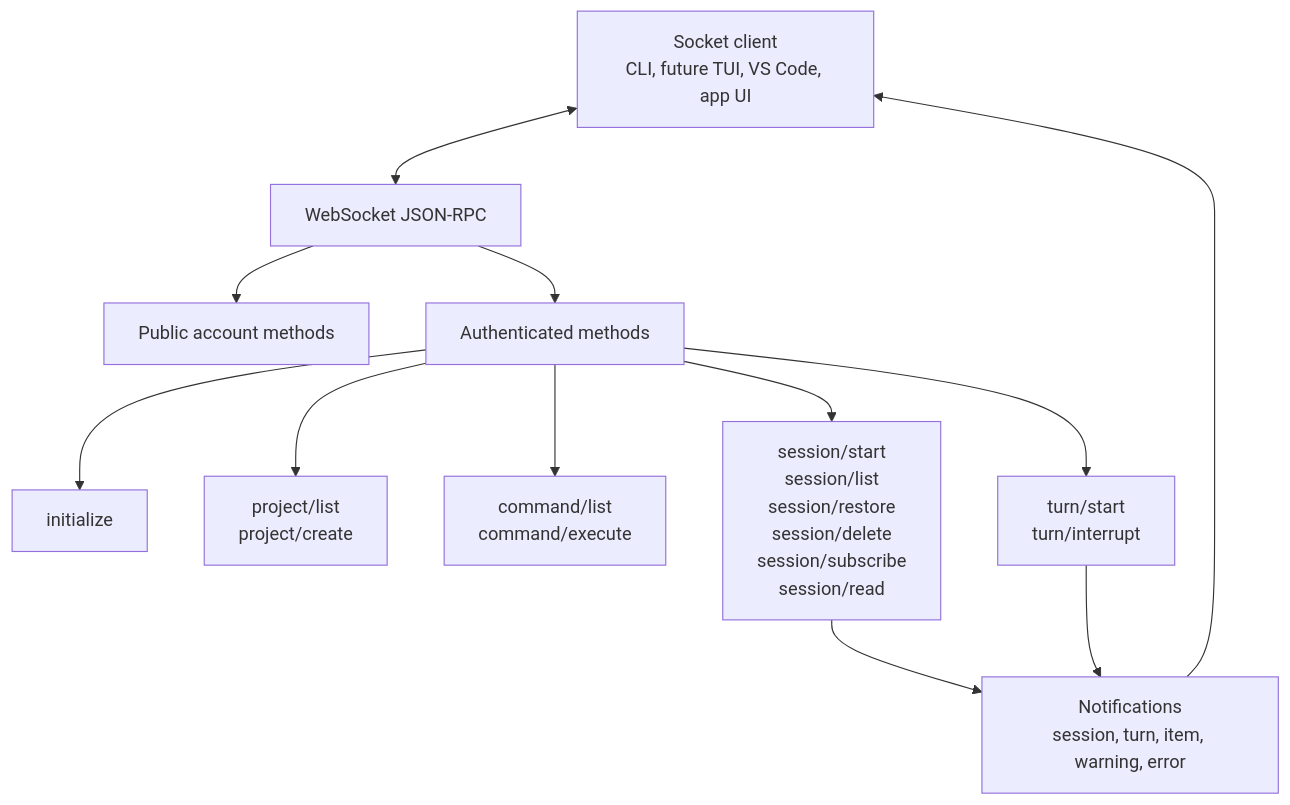
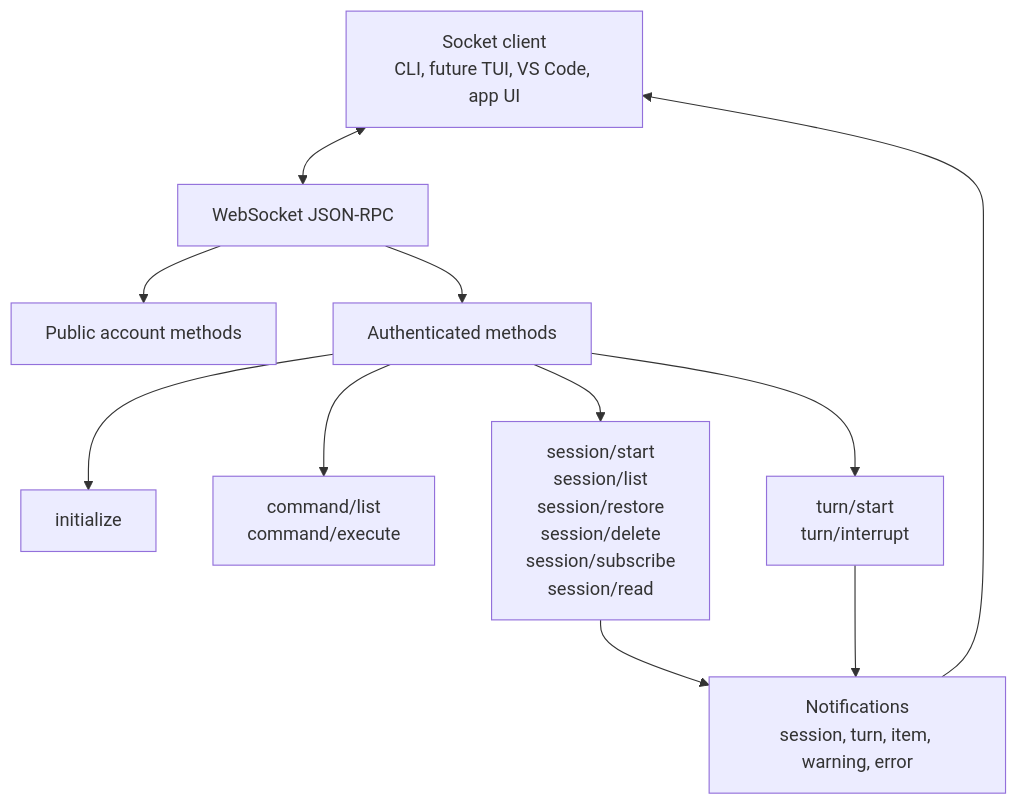
Before and after one commit to hikaMaeng/ndx: the sixth of 20 diagrams in docs/system-architecture.md, drawn with Mermaid. The commit also changed other lines of this file and 31 other files, not shown here.

````diff
--- a/docs/system-architecture.md
+++ b/docs/system-architecture.md
@@ -210,25 +201,23 @@
 ```mermaid
 flowchart TB
   client["Socket client\nCLI, future TUI, VS Code, app UI"]
   rpc["WebSocket JSON-RPC"]
   public["Public account methods"]
   auth["Authenticated methods"]
   init["initialize"]
-  project["project/list\nproject/create"]
   command["command/list\ncommand/execute"]
   session["session/start\nsession/list\nsession/restore\nsession/delete\nsession/subscribe\nsession/read"]
   turn["turn/start\nturn/interrupt"]
   notify["Notifications\nsession, turn, item, warning, error"]
 
   client <--> rpc
   rpc --> public
   rpc --> auth
   auth --> init
-  auth --> project
   auth --> command
   auth --> session
   auth --> turn
   session --> notify
   turn --> notify
   notify --> client
 ```
````
